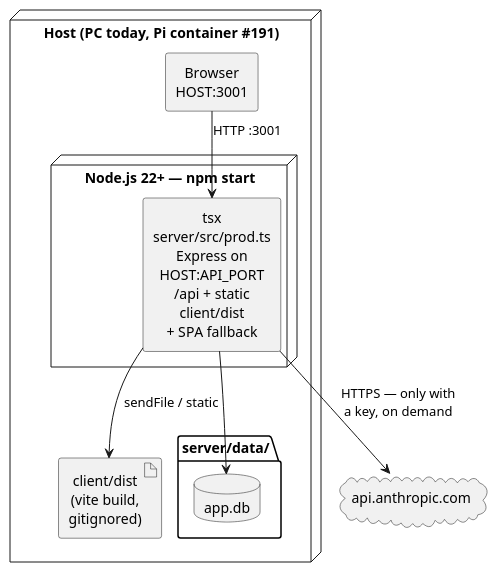
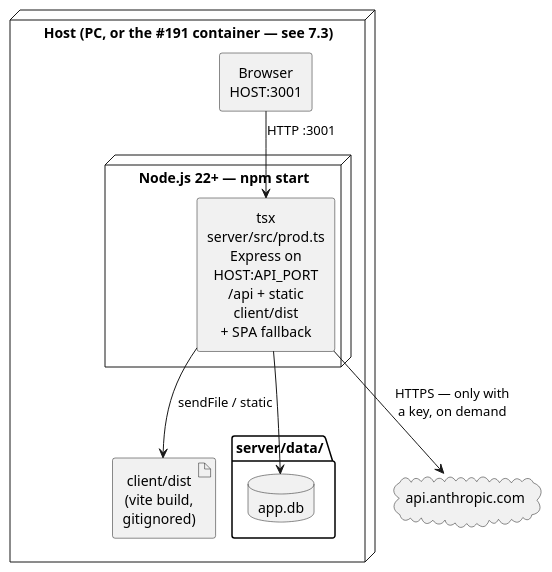
One commit to FelixGeisler/draw changed the second of 3 diagrams in docs/modules/ROOT/pages/07_deployment_view.adoc. Above: the diagram before and after it, drawn with PlantUML. The commit also changed other lines of this file and 5 other files, not shown here.

```diff
--- a/docs/modules/ROOT/pages/07_deployment_view.adoc
+++ b/docs/modules/ROOT/pages/07_deployment_view.adoc
@@ -66,28 +69,28 @@
 [plantuml,deployment-prod,svg]
 ....
 @startuml
 skinparam shadowing false
 skinparam wrapWidth 140
 skinparam defaultTextAlignment center
 skinparam componentStyle rectangle
 skinparam nodesep 12
 skinparam ranksep 18
 
-node "Host (PC today, Pi container #191)" as host {
+node "Host (PC, or the #191 container — see 7.3)" as host {
   component "Browser\nHOST:3001" as browser
   node "Node.js 22+ — npm start" as prodtree {
     component "tsx server/src/prod.ts\nExpress on HOST:API_PORT\n/api + static client/dist\n+ SPA fallback" as express
   }
   artifact "client/dist\n(vite build, gitignored)" as dist
   folder "server/data/" as data {
     database "app.db" as db
   }
 }
 cloud "api.anthropic.com" as claude
 
 browser --> express : HTTP :3001
 express --> dist : sendFile / static
 express --> db
 express --> claude : HTTPS — only with\na key, on demand
 @enduml
 ....
```
